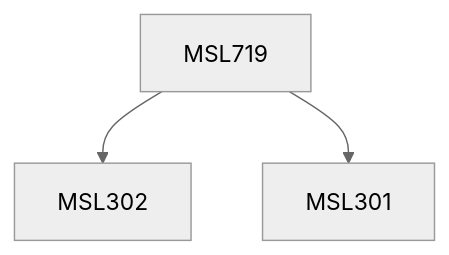
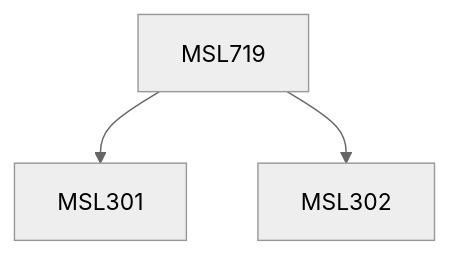
Before and after one commit to KeshavBansal0122/CoS_Website: the diagram in content/Management Studies/MSL719.md, drawn with Mermaid (neutral theme). The commit also changed other lines of this file and 2662 other files, not shown here.

````diff
--- a/content/Management Studies/MSL719.md
+++ b/content/Management Studies/MSL719.md
@@ -13,9 +13,9 @@
 ```mermaid
 flowchart TD
 MSL719-517[MSL719]
+MSL719-517 --> MSL301-517[MSL301]
 MSL719-517 --> MSL302-517[MSL302]
-MSL719-517 --> MSL301-517[MSL301]
 
 classDef empty height:17px, fill:transparent, stroke:transparent;
 classDef trueEmpty height:0px, width:0px;
 ```
````
